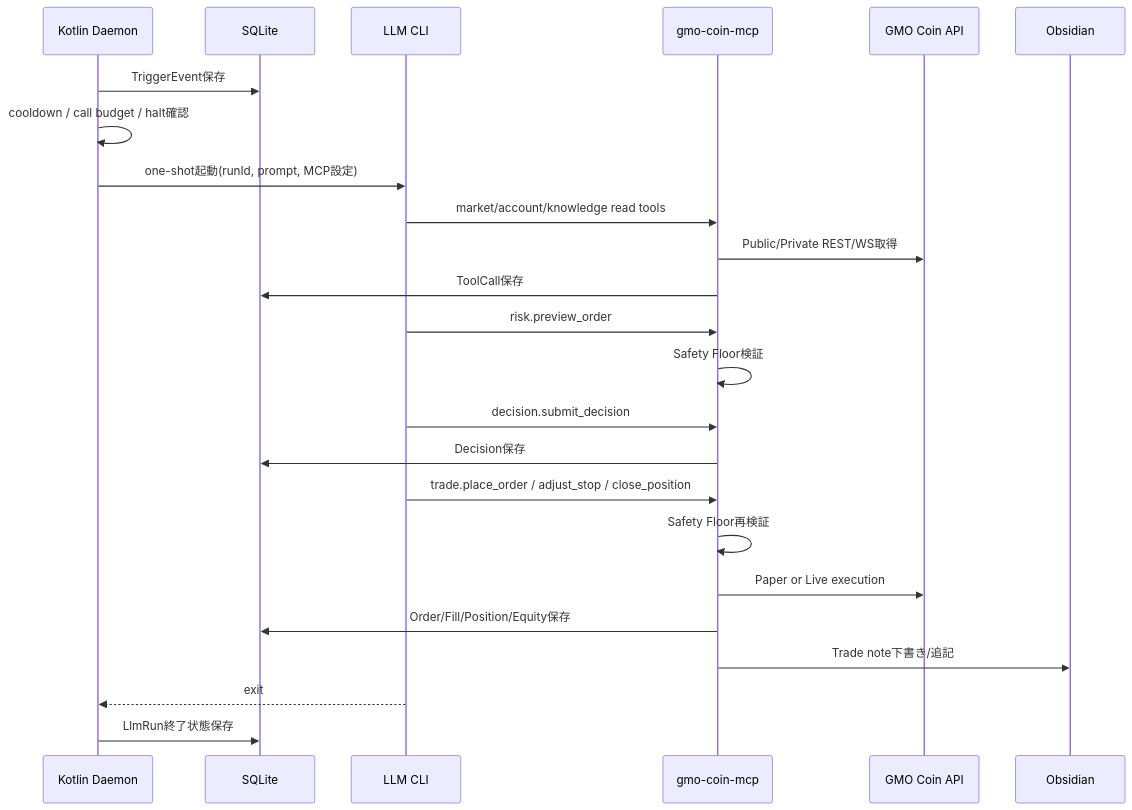
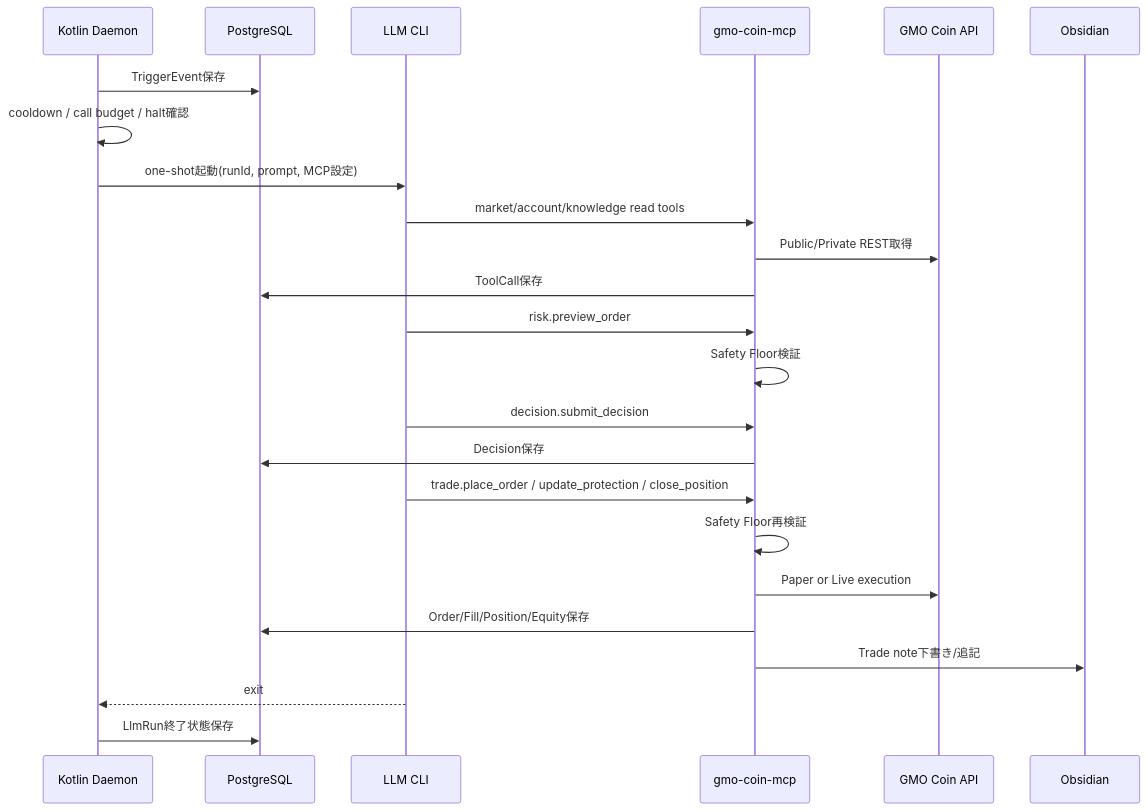
One commit to matsumo0922/fukurou changed the second of 2 diagrams in docs/design.md. Above: the diagram before and after it, drawn with Mermaid. The commit also changed other lines of this file, not shown here.

First line of the commit message:
docs: align design with GMO spot spec (#13)

````diff
--- a/docs/design.md
+++ b/docs/design.md
@@ -129,27 +148,27 @@
 ```mermaid
 sequenceDiagram
     participant D as Kotlin Daemon
-    participant DB as SQLite
+    participant DB as PostgreSQL
     participant CLI as LLM CLI
     participant MCP as gmo-coin-mcp
     participant GMO as GMO Coin API
     participant OBS as Obsidian
 
     D->>DB: TriggerEvent保存
     D->>D: cooldown / call budget / halt確認
     D->>CLI: one-shot起動(runId, prompt, MCP設定)
     CLI->>MCP: market/account/knowledge read tools
-    MCP->>GMO: Public/Private REST/WS取得
+    MCP->>GMO: Public/Private REST取得
     MCP->>DB: ToolCall保存
     CLI->>MCP: risk.preview_order
     MCP->>MCP: Safety Floor検証
     CLI->>MCP: decision.submit_decision
     MCP->>DB: Decision保存
-    CLI->>MCP: trade.place_order / adjust_stop / close_position
+    CLI->>MCP: trade.place_order / update_protection / close_position
     MCP->>MCP: Safety Floor再検証
     MCP->>GMO: Paper or Live execution
     MCP->>DB: Order/Fill/Position/Equity保存
     MCP->>OBS: Trade note下書き/追記
     CLI-->>D: exit
     D->>DB: LlmRun終了状態保存
 ```
````
